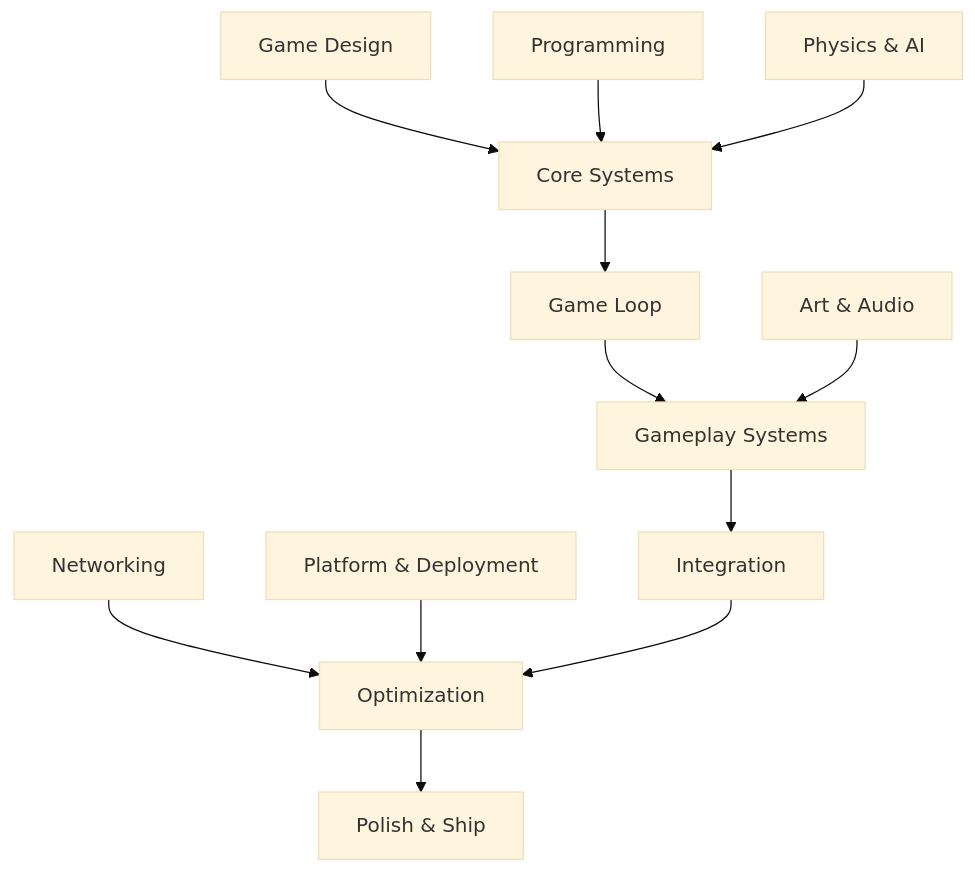
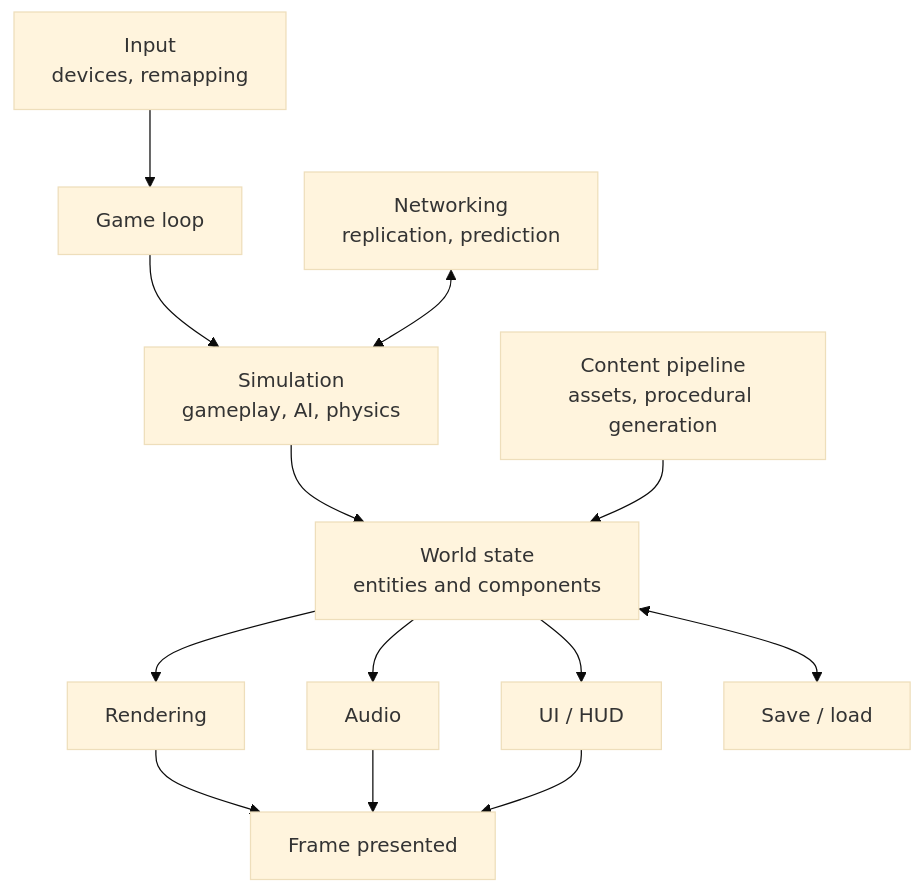
The first of 4 diagrams in github-pages/docs/gamedev/index.md (AndrewAltimit/Documentation), drawn with Mermaid (base theme) before and after one commit. The commit also changed other lines of this file and 240 other files, not shown here.

````diff
--- a/github-pages/docs/gamedev/index.md
+++ b/github-pages/docs/gamedev/index.md
@@ -50,14 +51,15 @@
 ```mermaid
 flowchart TD
-    GD["Game Design"] --> CS["Core Systems"]
-    PR["Programming"] --> CS
-    PA["Physics & AI"] --> CS
-    CS --> GL["Game Loop"]
-    GL --> GS["Gameplay Systems"]
-    AA["Art & Audio"] --> GS
-    GS --> INT["Integration"]
-    NET["Networking"] --> OPT["Optimization"]
-    PLAT["Platform & Deployment"] --> OPT
-    INT --> OPT
-    OPT --> SHIP["Polish & Ship"]
+    IN["Input<br/>devices, remapping"] --> LOOP["Game loop"]
+    LOOP --> SIM["Simulation<br/>gameplay, AI, physics"]
+    NET["Networking<br/>replication, prediction"] <--> SIM
+    SIM --> WORLD["World state<br/>entities and components"]
+    WORLD --> REN["Rendering"]
+    WORLD --> AUD["Audio"]
+    WORLD --> UI["UI / HUD"]
+    WORLD <--> SAVE["Save / load"]
+    CONTENT["Content pipeline<br/>assets, procedural generation"] --> WORLD
+    REN --> OUT["Frame presented"]
+    AUD --> OUT
+    UI --> OUT
 ```
````
